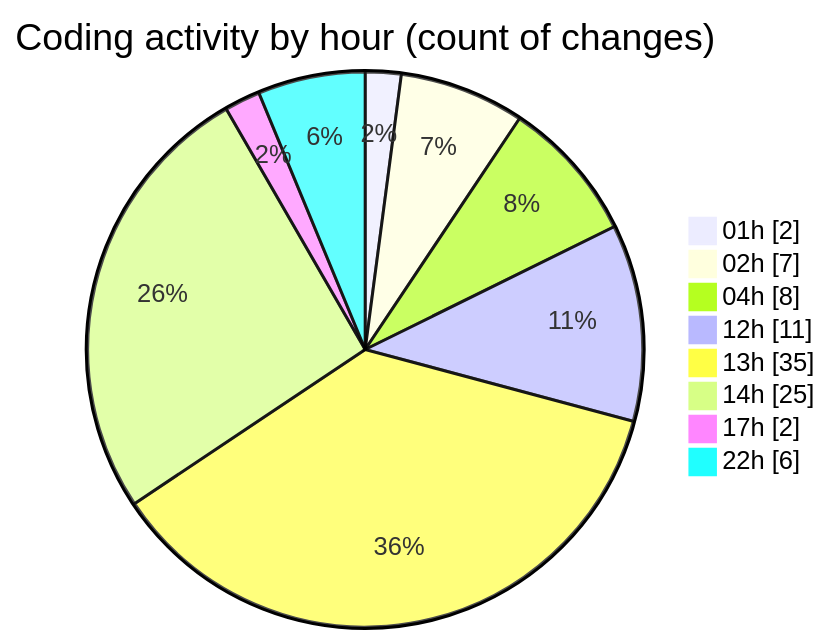
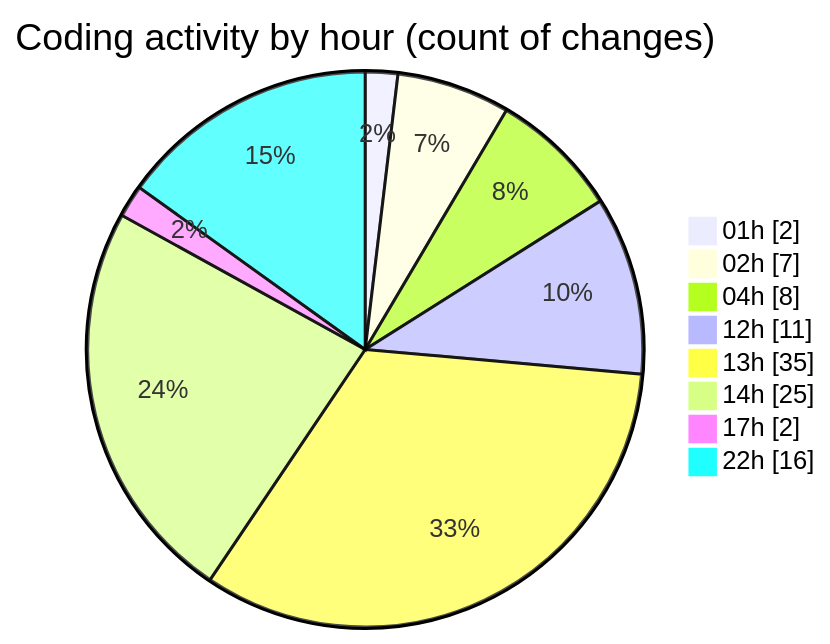
Before and after one commit to lephambinh05/code-tracking: the second of 2 diagrams in 2025-08-11/rentotp/README.md, drawn with Mermaid. The commit also changed other lines of this file and 1 other file, not shown here.

````diff
--- a/2025-08-11/rentotp/README.md
+++ b/2025-08-11/rentotp/README.md
@@ -46,12 +47,12 @@
 ```mermaid
 pie showData
 title Coding activity by hour (count of changes)
 "01h" : 2
 "02h" : 7
 "04h" : 8
 "12h" : 11
 "13h" : 35
 "14h" : 25
 "17h" : 2
-"22h" : 6
+"22h" : 16
 ```
````
